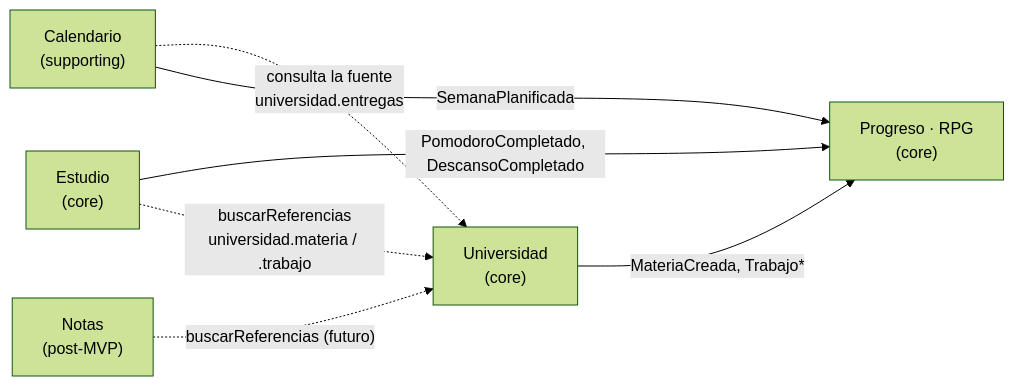
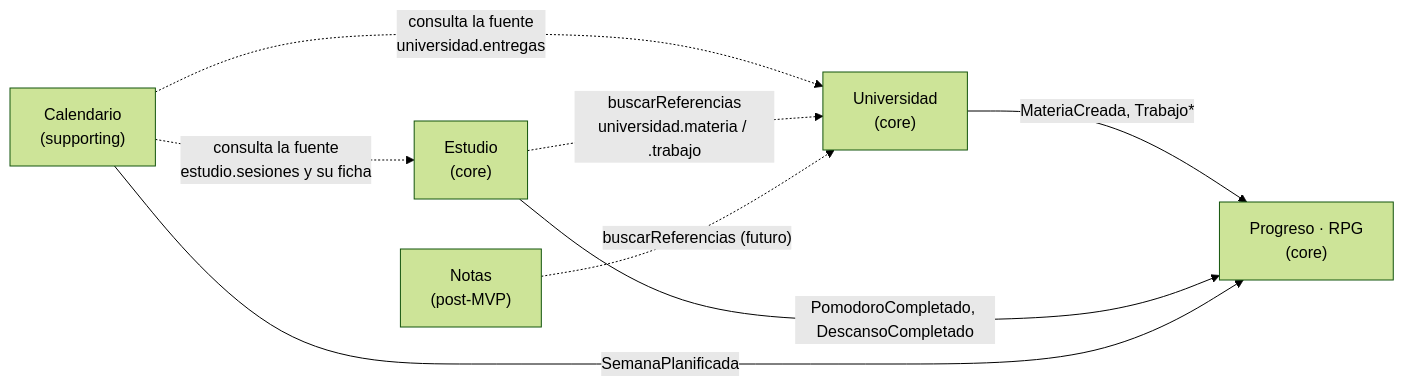
The first of 6 diagrams in docs/dominio.md (Yirusz/personalApp), drawn with Mermaid (forest theme) before and after one commit. The commit also changed other lines of this file and 11 other files, not shown here.

````diff
--- a/docs/dominio.md
+++ b/docs/dominio.md
@@ -7,15 +7,16 @@
 ```mermaid
 flowchart LR
   U["Universidad<br/>(core)"]
   C["Calendario<br/>(supporting)"]
   E["Estudio<br/>(core)"]
   P["Progreso · RPG<br/>(core)"]
   N["Notas<br/>(post-MVP)"]
 
   C -. "consulta la fuente<br/>universidad.entregas" .-> U
   U -- "MateriaCreada, Trabajo*" --> P
   E -- "PomodoroCompletado, DescansoCompletado" --> P
   C -- "SemanaPlanificada" --> P
   E -. "buscarReferencias<br/>universidad.materia / .trabajo" .-> U
+  C -. "consulta la fuente<br/>estudio.sesiones y su ficha" .-> E
   N -. "buscarReferencias (futuro)" .-> U
 ```
````
